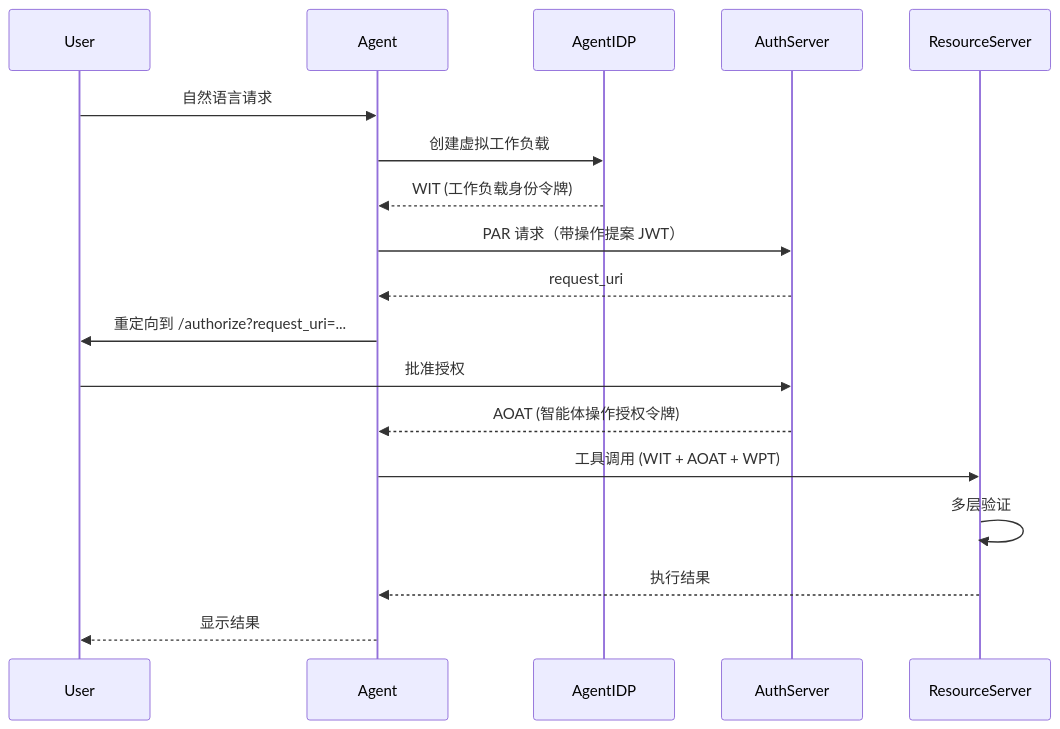
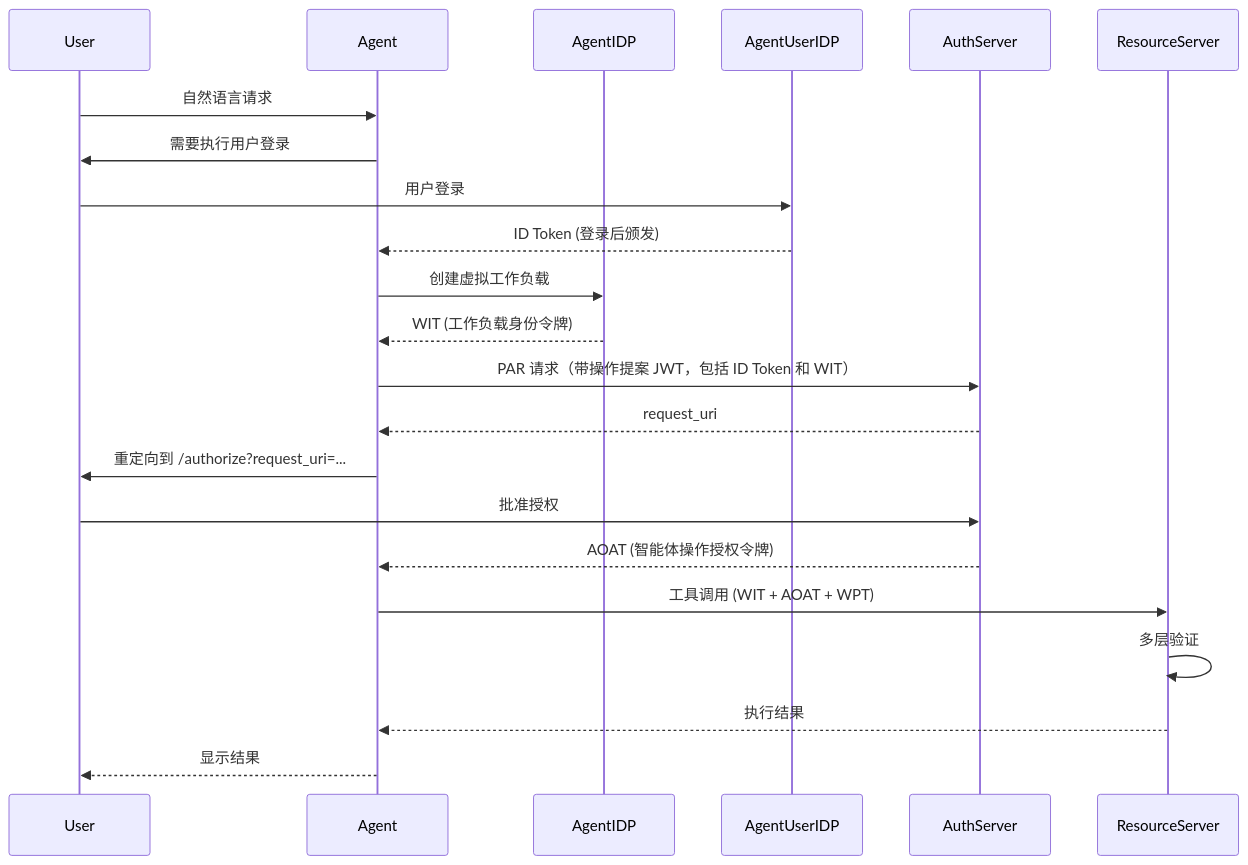
Before and after one commit to alibaba/open-agent-auth: the diagram in README.zh-CN.md, drawn with Mermaid. The commit also changed other lines of this file and 153 other files, not shown here.

````diff
--- a/README.zh-CN.md
+++ b/README.zh-CN.md
@@ -183,21 +240,25 @@
 ```mermaid
 sequenceDiagram
     participant User
     participant Agent
     participant AgentIDP
+    participant AgentUserIDP
     participant AuthServer
     participant ResourceServer
 
     User->>Agent: 自然语言请求
+    Agent->>User: 需要执行用户登录
+    User->>AgentUserIDP: 用户登录
+    AgentUserIDP-->>Agent: ID Token (登录后颁发)
     Agent->>AgentIDP: 创建虚拟工作负载
     AgentIDP-->>Agent: WIT (工作负载身份令牌)
-    Agent->>AuthServer: PAR 请求（带操作提案 JWT）
+    Agent->>AuthServer: PAR 请求（带操作提案 JWT，包括 ID Token 和 WIT）
     AuthServer-->>Agent: request_uri
     Agent->>User: 重定向到 /authorize?request_uri=...
     User->>AuthServer: 批准授权
     AuthServer-->>Agent: AOAT (智能体操作授权令牌)
     Agent->>ResourceServer: 工具调用 (WIT + AOAT + WPT)
     ResourceServer->>ResourceServer: 多层验证
     ResourceServer-->>Agent: 执行结果
     Agent-->>User: 显示结果
 ```
````
